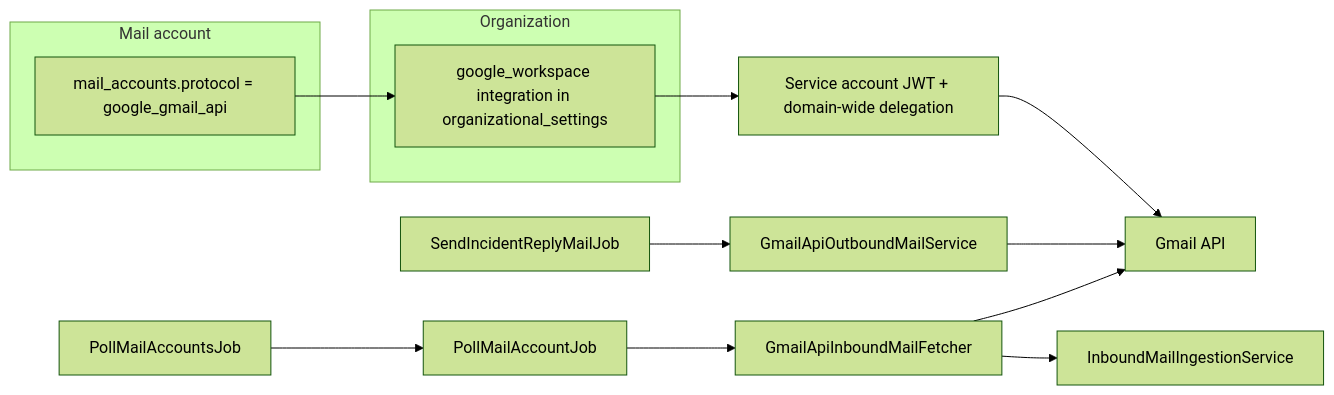
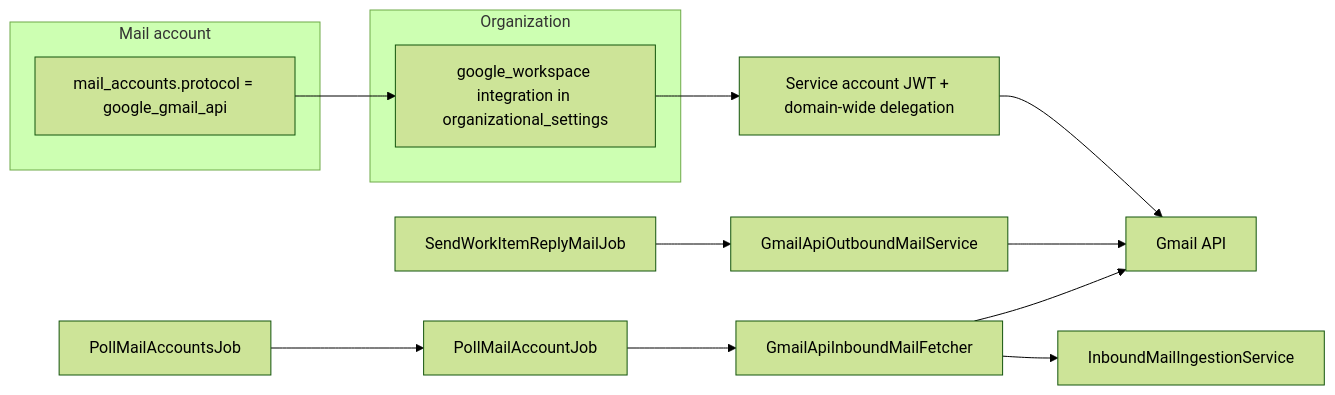
One commit to LaaknorIT/HelixDesk changed the diagram in docs/google-workspace-mail.md. Above: the diagram before and after it, drawn with Mermaid (forest theme). The commit also changed other lines of this file and 116 other files, not shown here.

````diff
--- a/docs/google-workspace-mail.md
+++ b/docs/google-workspace-mail.md
@@ -41,18 +41,18 @@
 ```mermaid
 flowchart LR
   subgraph org [Organization]
     GWS[google_workspace integration in organizational_settings]
   end
   subgraph mail [Mail account]
     MA[mail_accounts.protocol = google_gmail_api]
     MA --> GWS
   end
   Schedule[PollMailAccountsJob] --> Poll[PollMailAccountJob]
   Poll --> Fetch[GmailApiInboundMailFetcher]
   Fetch --> Gmail[Gmail API]
   GWS --> Auth[Service account JWT + domain-wide delegation]
   Auth --> Gmail
   Fetch --> Ingest[InboundMailIngestionService]
-  Reply[SendIncidentReplyMailJob] --> Out[GmailApiOutboundMailService]
+  Reply[SendWorkItemReplyMailJob] --> Out[GmailApiOutboundMailService]
   Out --> Gmail
 ```
````
